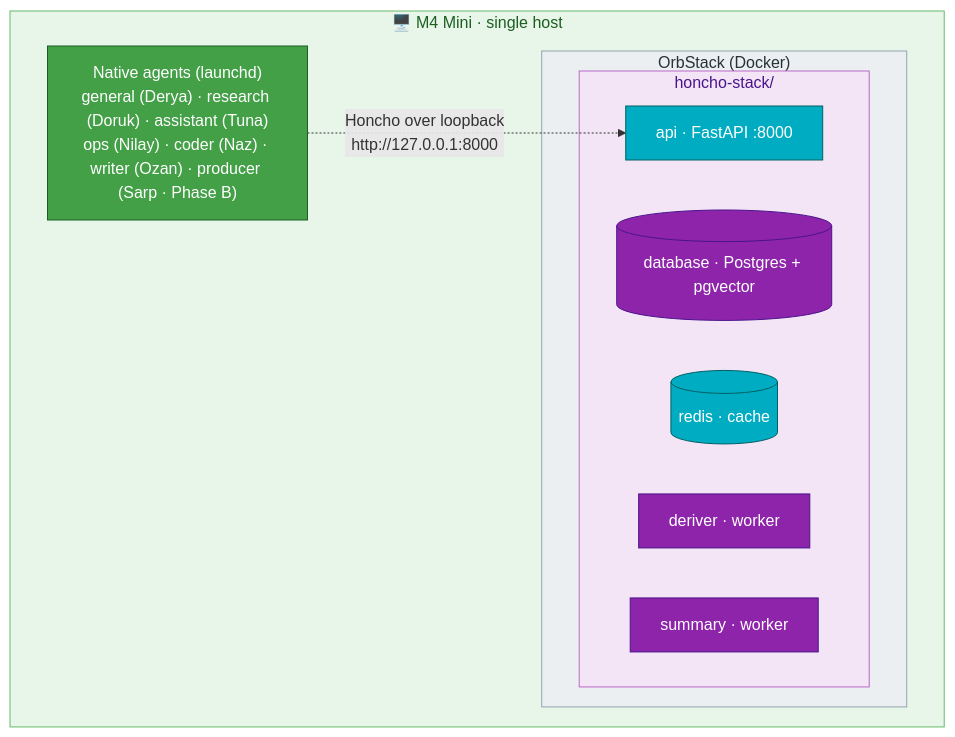
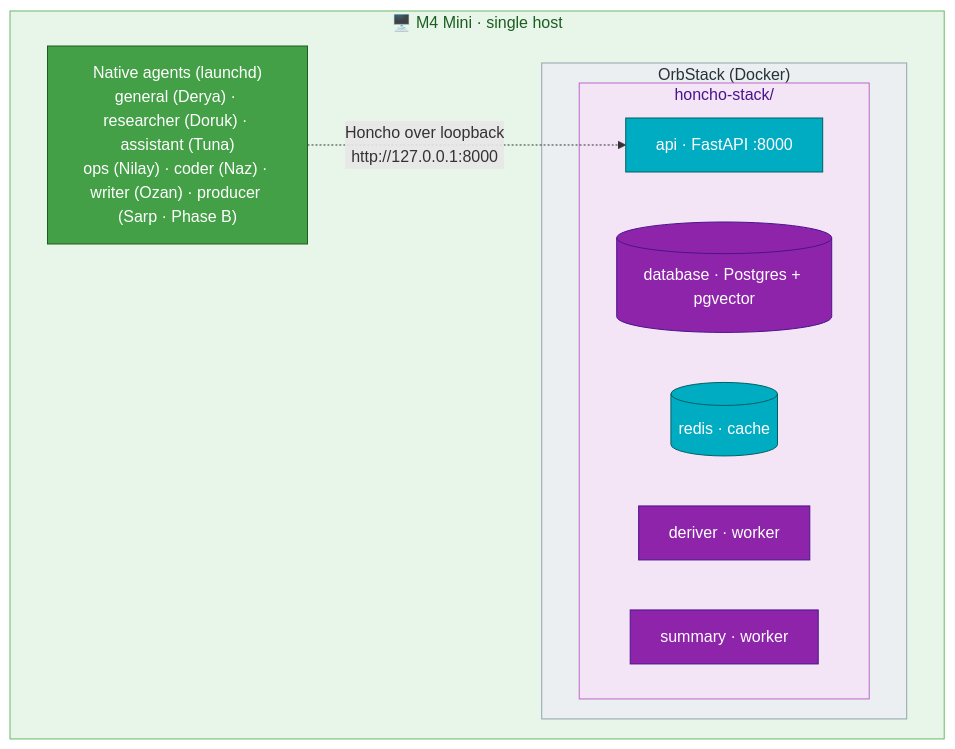
One commit to mpolatcan/hermes-setup changed the second of 2 diagrams in docs/07-memory.md. Above: the diagram before and after it, drawn with Mermaid. The commit also changed other lines of this file and 14 other files, not shown here.

First line of the commit message:
refactor: rename slug research -> researcher

````diff
--- a/docs/07-memory.md
+++ b/docs/07-memory.md
@@ -80,22 +80,22 @@
 ```mermaid
 flowchart TB
     subgraph mini["🖥️ M4 Mini · single host"]
-        ag["Native agents (launchd)<br/>general (Derya) · research (Doruk) · assistant (Tuna)<br/>ops (Nilay) · coder (Naz) · writer (Ozan) · producer (Sarp · Phase B)"]:::mini
+        ag["Native agents (launchd)<br/>general (Derya) · researcher (Doruk) · assistant (Tuna)<br/>ops (Nilay) · coder (Naz) · writer (Ozan) · producer (Sarp · Phase B)"]:::mini
         subgraph orb["OrbStack (Docker)"]
             subgraph hs["honcho-stack/"]
                 api["api · FastAPI :8000"]:::svc
                 db[("database · Postgres + pgvector")]:::infra
                 redis[("redis · cache")]:::svc
                 deriver["deriver · worker"]:::infra
                 summary["summary · worker"]:::infra
             end
         end
     end
     ag -. "Honcho over loopback<br/>http://127.0.0.1:8000" .-> api
     classDef mini fill:#43A047,stroke:#1B5E20,color:#fff
     classDef svc fill:#00ACC1,stroke:#006064,color:#fff
     classDef infra fill:#8E24AA,stroke:#4A148C,color:#fff
     style mini fill:#E8F5E9,stroke:#66BB6A,color:#1B5E20
     style orb fill:#ECEFF1,stroke:#90A4AE,color:#263238
     style hs fill:#F3E5F5,stroke:#BA68C8,color:#4A148C
 ```
````
